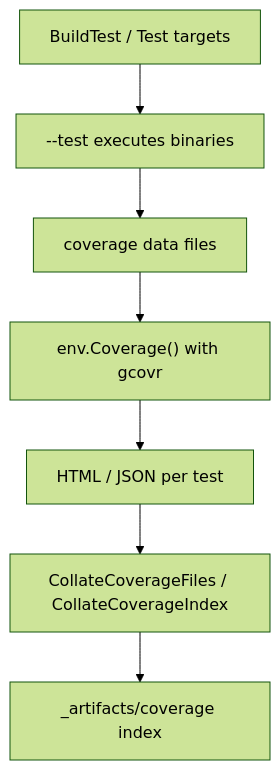
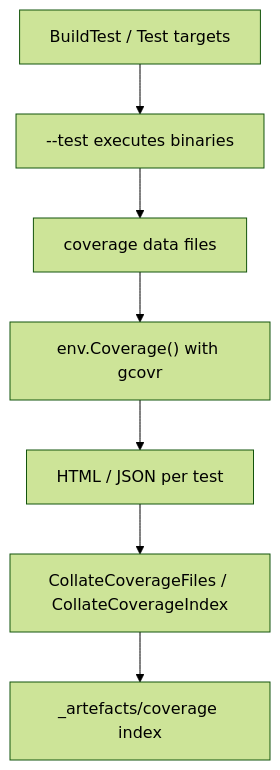
The diagram in docs/modules/ROOT/pages/testing-coverage.adoc (ja11sop/cuppa), drawn with Mermaid (forest theme) before and after one commit. The commit also changed other lines of this file and 46 other files, not shown here.

```diff
--- a/docs/modules/ROOT/pages/testing-coverage.adoc
+++ b/docs/modules/ROOT/pages/testing-coverage.adoc
@@ -48,10 +48,10 @@
 [mermaid]
 ....
 flowchart TD
     A[BuildTest / Test targets] --> B["--test executes binaries"]
     B --> C[coverage data files]
     C --> D["env.Coverage() with gcovr"]
     D --> E[HTML / JSON per test]
     E --> F[CollateCoverageFiles / CollateCoverageIndex]
-    F --> G["_artifacts/coverage index"]
+    F --> G["_artefacts/coverage index"]
 ....
```
